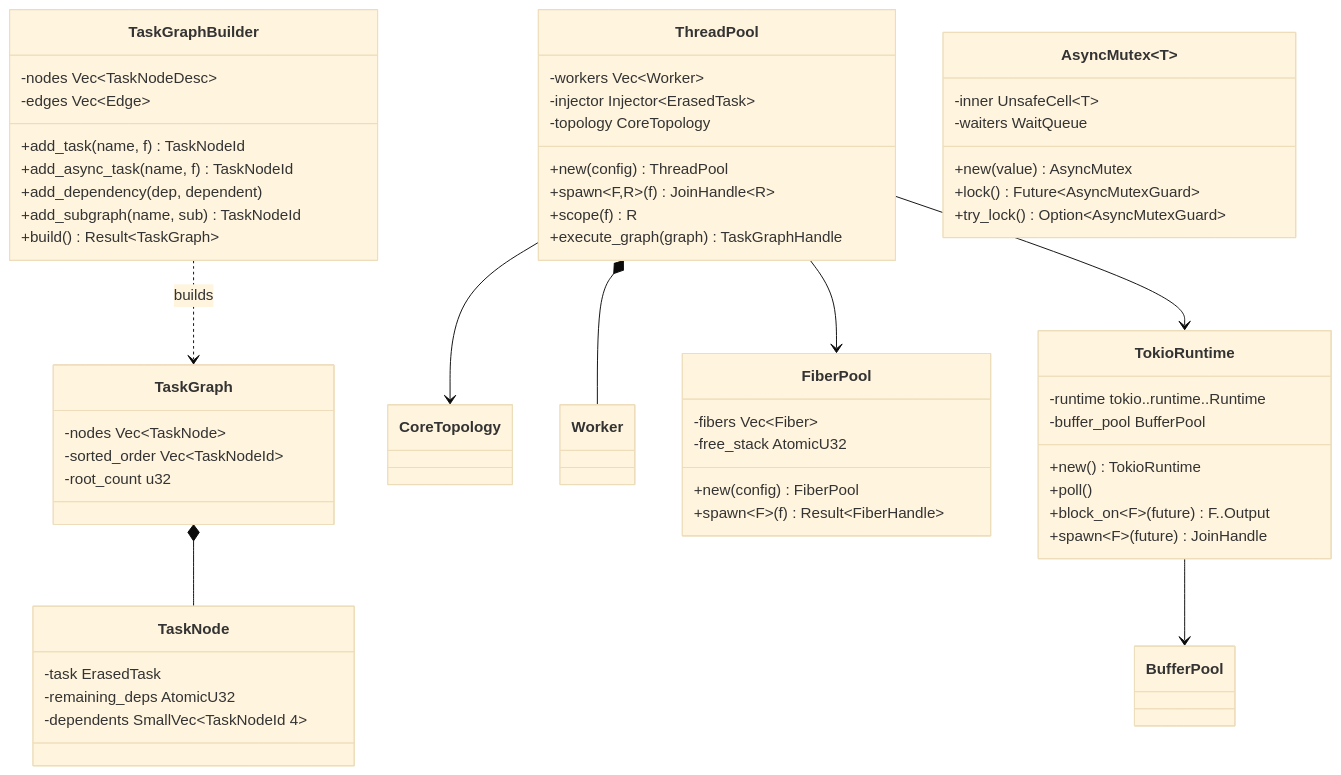
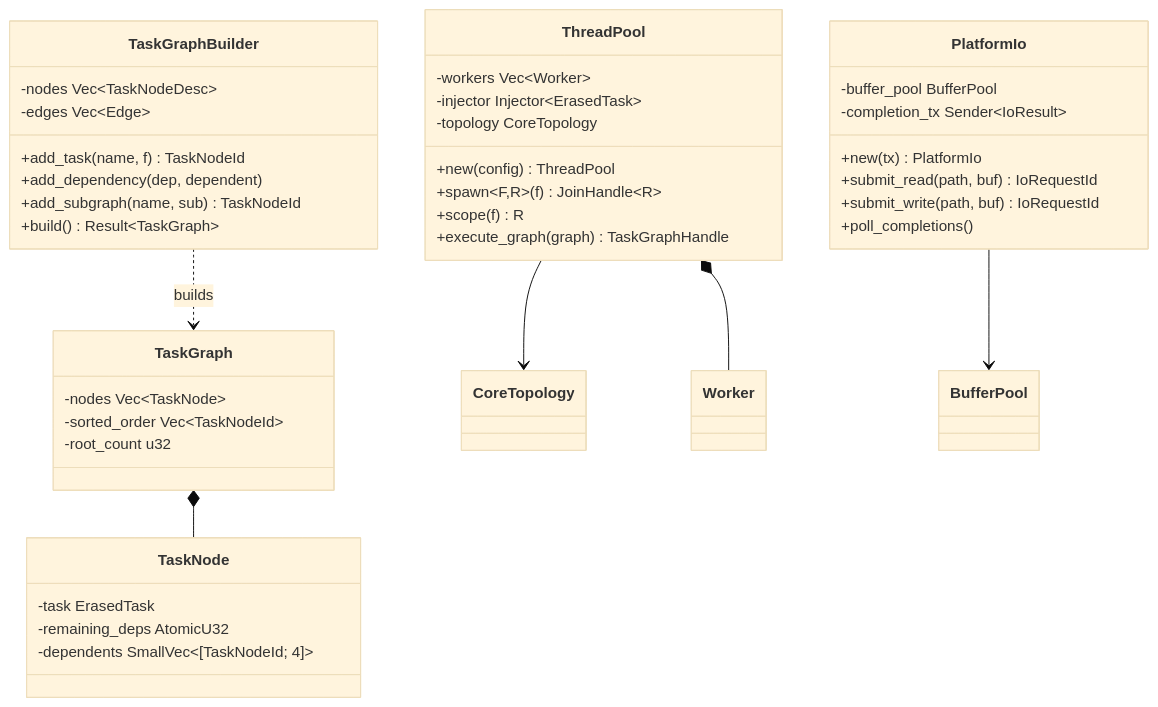
Before and after one commit to harmonius-dev/harmonius: the fourth of 6 diagrams in docs/design/platform/threading.md, drawn with Mermaid (base theme). The commit also changed other lines of this file and 174 other files, not shown here.

````diff
--- a/docs/design/platform/threading.md
+++ b/docs/design/platform/threading.md
@@ -186,66 +187,48 @@
 ```mermaid
 classDiagram
-    class TokioRuntime {
-        -runtime tokio..runtime..Runtime
+    class PlatformIo {
         -buffer_pool BufferPool
-        +new() TokioRuntime
-        +poll()
-        +block_on~F~(future) F..Output
-        +spawn~F~(future) JoinHandle
+        -completion_tx Sender~IoResult~
+        +new(tx) PlatformIo
+        +submit_read(path, buf) IoRequestId
+        +submit_write(path, buf) IoRequestId
+        +poll_completions()
     }
 
     class ThreadPool {
         -workers Vec~Worker~
         -injector Injector~ErasedTask~
         -topology CoreTopology
         +new(config) ThreadPool
         +spawn~F,R~(f) JoinHandle~R~
         +scope(f) R
         +execute_graph(graph) TaskGraphHandle
     }
 
     class TaskGraphBuilder {
         -nodes Vec~TaskNodeDesc~
         -edges Vec~Edge~
         +add_task(name, f) TaskNodeId
-        +add_async_task(name, f) TaskNodeId
         +add_dependency(dep, dependent)
         +add_subgraph(name, sub) TaskNodeId
         +build() Result~TaskGraph~
     }
 
     class TaskGraph {
         -nodes Vec~TaskNode~
         -sorted_order Vec~TaskNodeId~
         -root_count u32
     }
 
     class TaskNode {
         -task ErasedTask
         -remaining_deps AtomicU32
-        -dependents SmallVec~TaskNodeId 4~
-    }
-
-    class FiberPool {
-        -fibers Vec~Fiber~
-        -free_stack AtomicU32
-        +new(config) FiberPool
-        +spawn~F~(f) Result~FiberHandle~
-    }
-
-    class AsyncMutex~T~ {
-        -inner UnsafeCell~T~
-        -waiters WaitQueue
-        +new(value) AsyncMutex
-        +lock() Future~AsyncMutexGuard~
-        +try_lock() Option~AsyncMutexGuard~
+        -dependents SmallVec~[TaskNodeId; 4]~
     }
 
     ThreadPool --> CoreTopology
     ThreadPool *-- Worker
-    ThreadPool --> FiberPool
-    ThreadPool --> TokioRuntime
     TaskGraphBuilder ..> TaskGraph : builds
     TaskGraph *-- TaskNode
-    TokioRuntime --> BufferPool
+    PlatformIo --> BufferPool
 ```
````
